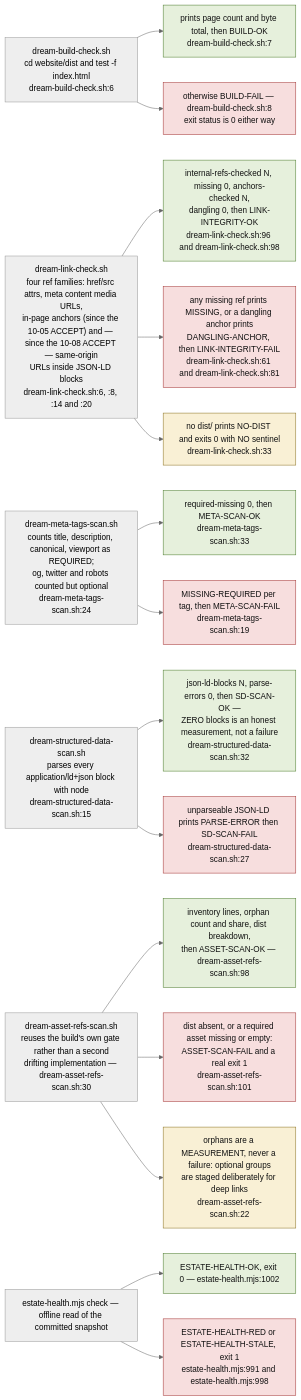
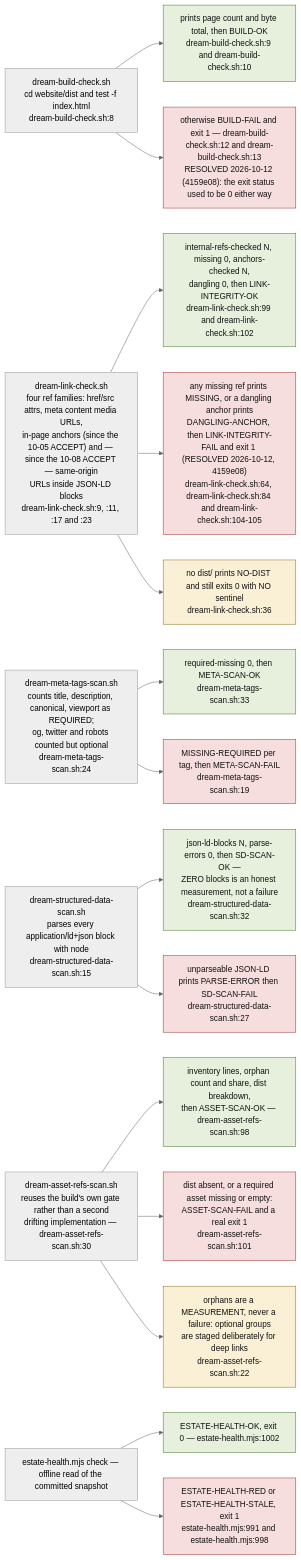
One commit to DreamLab-AI/VisionFlow changed the fourth of 9 diagrams in docs/diagrams/visionflow/04-dream-cycle-integration.md. Above: the diagram before and after it, drawn with Mermaid (neutral theme). The commit also changed other lines of this file and 20 other files, not shown here.

Commit message:
docs(diagrams): reflect the S-3, S-7c/d/f and S-4(3) fixes in the corpus

````diff
--- a/docs/diagrams/visionflow/04-dream-cycle-integration.md
+++ b/docs/diagrams/visionflow/04-dream-cycle-integration.md
@@ -122,32 +123,32 @@
 ```mermaid
 flowchart LR
     classDef pass fill:#e6f0dc,stroke:#4a7a2a,color:#111
     classDef fail fill:#f7dede,stroke:#a33333,color:#111
     classDef odd fill:#f9f0d5,stroke:#8a7020,color:#111
 
-    E1["dream-build-check.sh<br/>cd website/dist and test -f index.html<br/>dream-build-check.sh:6"]
-    E1 --> E1P["prints page count and byte total, then BUILD-OK<br/>dream-build-check.sh:7"]:::pass
-    E1 --> E1F["otherwise BUILD-FAIL — dream-build-check.sh:8<br/>exit status is 0 either way"]:::fail
+    E1["dream-build-check.sh<br/>cd website/dist and test -f index.html<br/>dream-build-check.sh:8"]
+    E1 --> E1P["prints page count and byte total, then BUILD-OK<br/>dream-build-check.sh:9 and dream-build-check.sh:10"]:::pass
+    E1 --> E1F["otherwise BUILD-FAIL and exit 1 — dream-build-check.sh:12 and dream-build-check.sh:13<br/>RESOLVED 2026-10-12 (4159e08): the exit status used to be 0 either way"]:::fail
 
-    E2["dream-link-check.sh<br/>four ref families: href/src attrs, meta content media URLs,<br/>in-page anchors (since the 10-05 ACCEPT) and — since the 10-08 ACCEPT — same-origin<br/>URLs inside JSON-LD blocks<br/>dream-link-check.sh:6, :8, :14 and :20"]
-    E2 --> E2P["internal-refs-checked N, missing 0, anchors-checked N,<br/>dangling 0, then LINK-INTEGRITY-OK<br/>dream-link-check.sh:96 and dream-link-check.sh:98"]:::pass
-    E2 --> E2F["any missing ref prints MISSING, or a dangling anchor prints<br/>DANGLING-ANCHOR, then LINK-INTEGRITY-FAIL<br/>dream-link-check.sh:61 and dream-link-check.sh:81"]:::fail
-    E2 --> E2X["no dist/ prints NO-DIST and exits 0 with NO sentinel<br/>dream-link-check.sh:33"]:::odd
+    E2["dream-link-check.sh<br/>four ref families: href/src attrs, meta content media URLs,<br/>in-page anchors (since the 10-05 ACCEPT) and — since the 10-08 ACCEPT — same-origin<br/>URLs inside JSON-LD blocks<br/>dream-link-check.sh:9, :11, :17 and :23"]
+    E2 --> E2P["internal-refs-checked N, missing 0, anchors-checked N,<br/>dangling 0, then LINK-INTEGRITY-OK<br/>dream-link-check.sh:99 and dream-link-check.sh:102"]:::pass
+    E2 --> E2F["any missing ref prints MISSING, or a dangling anchor prints<br/>DANGLING-ANCHOR, then LINK-INTEGRITY-FAIL and exit 1 (RESOLVED 2026-10-12, 4159e08)<br/>dream-link-check.sh:64, dream-link-check.sh:84 and dream-link-check.sh:104-105"]:::fail
+    E2 --> E2X["no dist/ prints NO-DIST and still exits 0 with NO sentinel<br/>dream-link-check.sh:36"]:::odd
 
     E3["dream-meta-tags-scan.sh<br/>counts title, description, canonical, viewport as REQUIRED;<br/>og, twitter and robots counted but optional<br/>dream-meta-tags-scan.sh:24"]
     E3 --> E3P["required-missing 0, then META-SCAN-OK<br/>dream-meta-tags-scan.sh:33"]:::pass
     E3 --> E3F["MISSING-REQUIRED per tag, then META-SCAN-FAIL<br/>dream-meta-tags-scan.sh:19"]:::fail
 
     E4["dream-structured-data-scan.sh<br/>parses every application/ld+json block with node<br/>dream-structured-data-scan.sh:15"]
     E4 --> E4P["json-ld-blocks N, parse-errors 0, then SD-SCAN-OK —<br/>ZERO blocks is an honest measurement, not a failure<br/>dream-structured-data-scan.sh:32"]:::pass
     E4 --> E4F["unparseable JSON-LD prints PARSE-ERROR then SD-SCAN-FAIL<br/>dream-structured-data-scan.sh:27"]:::fail
 
     E5["dream-asset-refs-scan.sh<br/>reuses the build's own gate rather than a second<br/>drifting implementation — dream-asset-refs-scan.sh:30"]
     E5 --> E5P["inventory lines, orphan count and share, dist breakdown,<br/>then ASSET-SCAN-OK — dream-asset-refs-scan.sh:98"]:::pass
     E5 --> E5F["dist absent, or a required asset missing or empty:<br/>ASSET-SCAN-FAIL and a real exit 1<br/>dream-asset-refs-scan.sh:101"]:::fail
     E5 --> E5X["orphans are a MEASUREMENT, never a failure: optional groups<br/>are staged deliberately for deep links<br/>dream-asset-refs-scan.sh:22"]:::odd
 
     E6["estate-health.mjs check — offline read of the committed snapshot"]
     E6 --> E6P["ESTATE-HEALTH-OK, exit 0 — estate-health.mjs:1002"]:::pass
     E6 --> E6F["ESTATE-HEALTH-RED or ESTATE-HEALTH-STALE, exit 1<br/>estate-health.mjs:991 and estate-health.mjs:998"]:::fail
 ```
````
